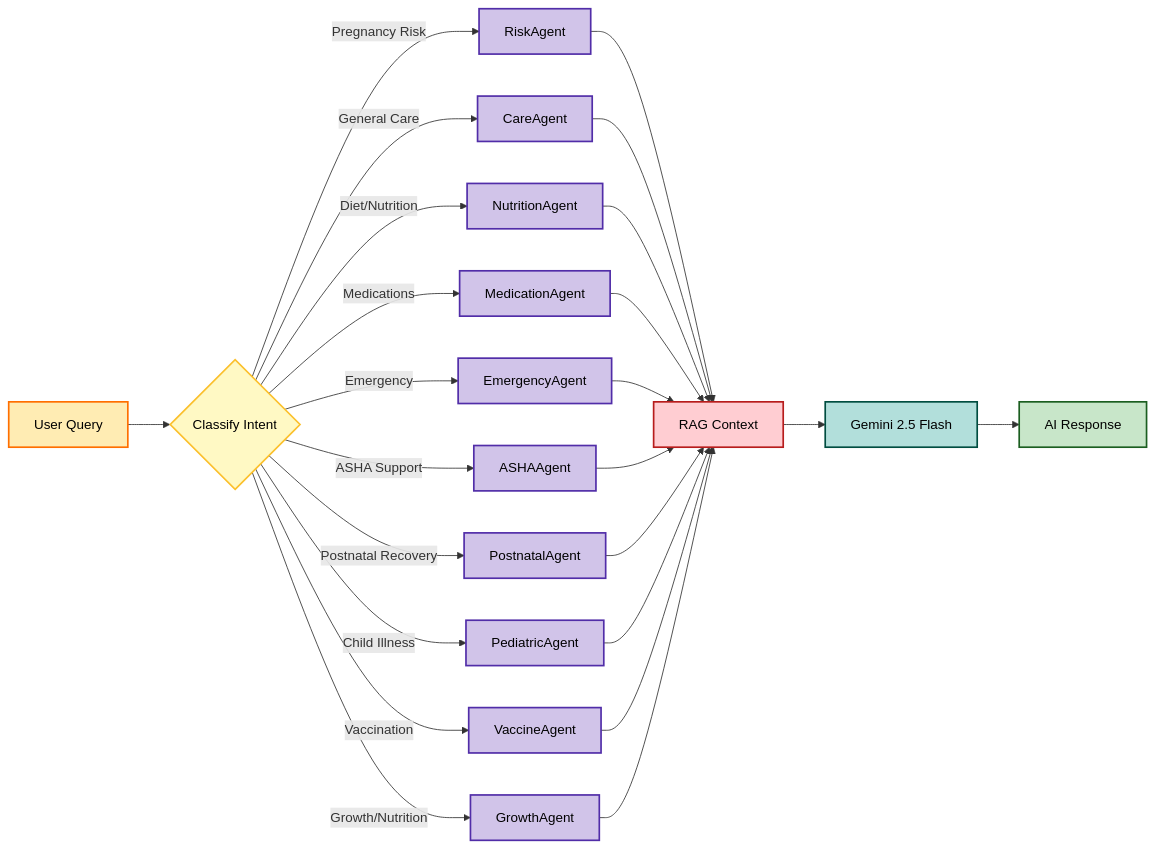
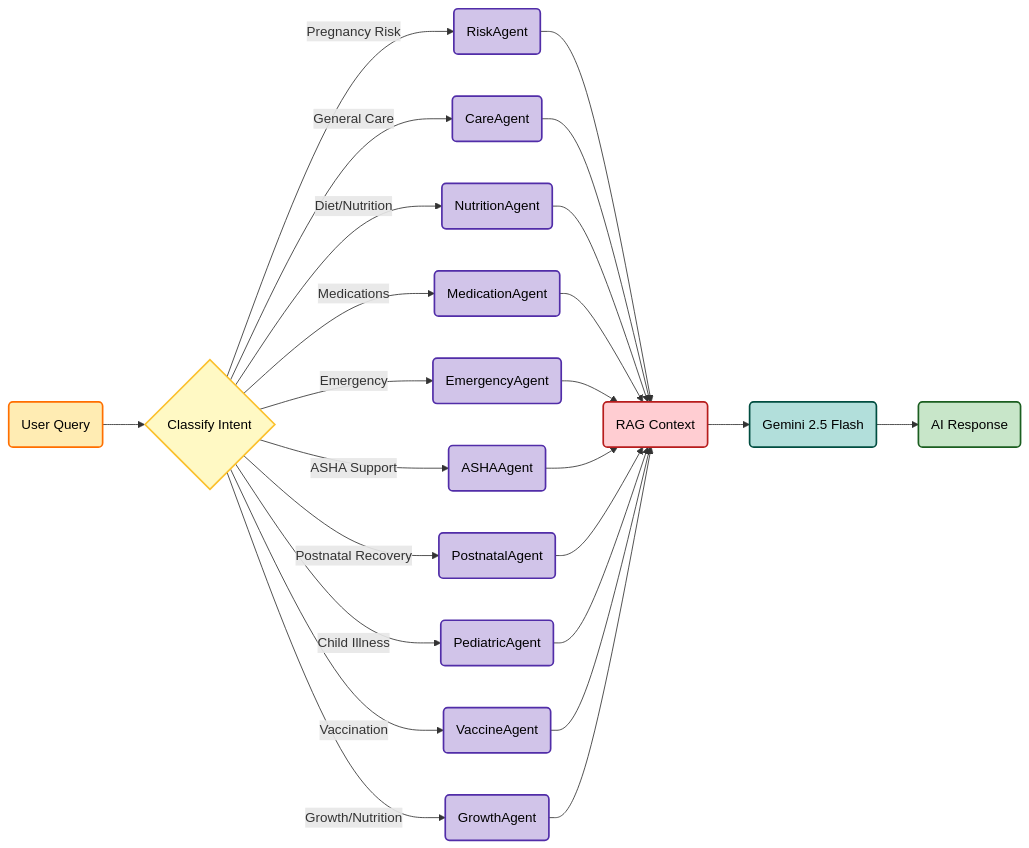
The second of 8 diagrams in README.md (AIUtsavBot/aanchal_ai), drawn with Mermaid before and after one commit. The commit also changed other lines of this file, not shown here.

Commit message:
Fix syntax errors in all Mermaid diagrams (removed quotas and flowchart)

````diff
--- a/README.md
+++ b/README.md
@@ -144,37 +138,37 @@
 ```mermaid
-flowchart LR
+graph LR
     %% Styles
     classDef trigger fill:#ffecb3,stroke:#ff6f00,stroke-width:2px,color:black
     classDef decision fill:#fff9c4,stroke:#fbc02d,stroke-width:2px,color:black
     classDef agent fill:#d1c4e9,stroke:#512da8,stroke-width:2px,color:black
     classDef rag fill:#ffcdd2,stroke:#b71c1c,stroke-width:2px,color:black
     classDef llm fill:#b2dfdb,stroke:#004d40,stroke-width:2px,color:black
     classDef output fill:#c8e6c9,stroke:#1b5e20,stroke-width:2px,color:black
 
-    Query["User Query"]:::trigger --> Classify{"Classify Intent"}:::decision
+    Query(User Query):::trigger --> Classify{Classify Intent}:::decision
     
-    Classify -->|"Pregnancy Risk"| Risk["RiskAgent"]:::agent
-    Classify -->|"General Care"| Care["CareAgent"]:::agent
-    Classify -->|"Diet/Nutrition"| Nutrition["NutritionAgent"]:::agent
-    Classify -->|"Medications"| Medication["MedicationAgent"]:::agent
-    Classify -->|"Emergency"| Emergency["EmergencyAgent"]:::agent
-    Classify -->|"ASHA Support"| ASHA["ASHAAgent"]:::agent
-    Classify -->|"Postnatal Recovery"| Postnatal["PostnatalAgent"]:::agent
-    Classify -->|"Child Illness"| Pediatric["PediatricAgent"]:::agent
-    Classify -->|"Vaccination"| Vaccine["VaccineAgent"]:::agent
-    Classify -->|"Growth/Nutrition"| Growth["GrowthAgent"]:::agent
+    Classify -->|Pregnancy Risk| Risk(RiskAgent):::agent
+    Classify -->|General Care| Care(CareAgent):::agent
+    Classify -->|Diet/Nutrition| Nutrition(NutritionAgent):::agent
+    Classify -->|Medications| Medication(MedicationAgent):::agent
+    Classify -->|Emergency| Emergency(EmergencyAgent):::agent
+    Classify -->|ASHA Support| ASHA(ASHAAgent):::agent
+    Classify -->|Postnatal Recovery| Postnatal(PostnatalAgent):::agent
+    Classify -->|Child Illness| Pediatric(PediatricAgent):::agent
+    Classify -->|Vaccination| Vaccine(VaccineAgent):::agent
+    Classify -->|Growth/Nutrition| Growth(GrowthAgent):::agent
     
-    Risk --> RAG["RAG Context"]:::rag
+    Risk --> RAG(RAG Context):::rag
     Care --> RAG
     Nutrition --> RAG
     Medication --> RAG
     Emergency --> RAG
     ASHA --> RAG
     Postnatal --> RAG
     Pediatric --> RAG
     Vaccine --> RAG
     Growth --> RAG
     
-    RAG --> Gemini["Gemini 2.5 Flash"]:::llm
-    Gemini --> Response["AI Response"]:::output
+    RAG --> Gemini(Gemini 2.5 Flash):::llm
+    Gemini --> Response(AI Response):::output
 ```
````
